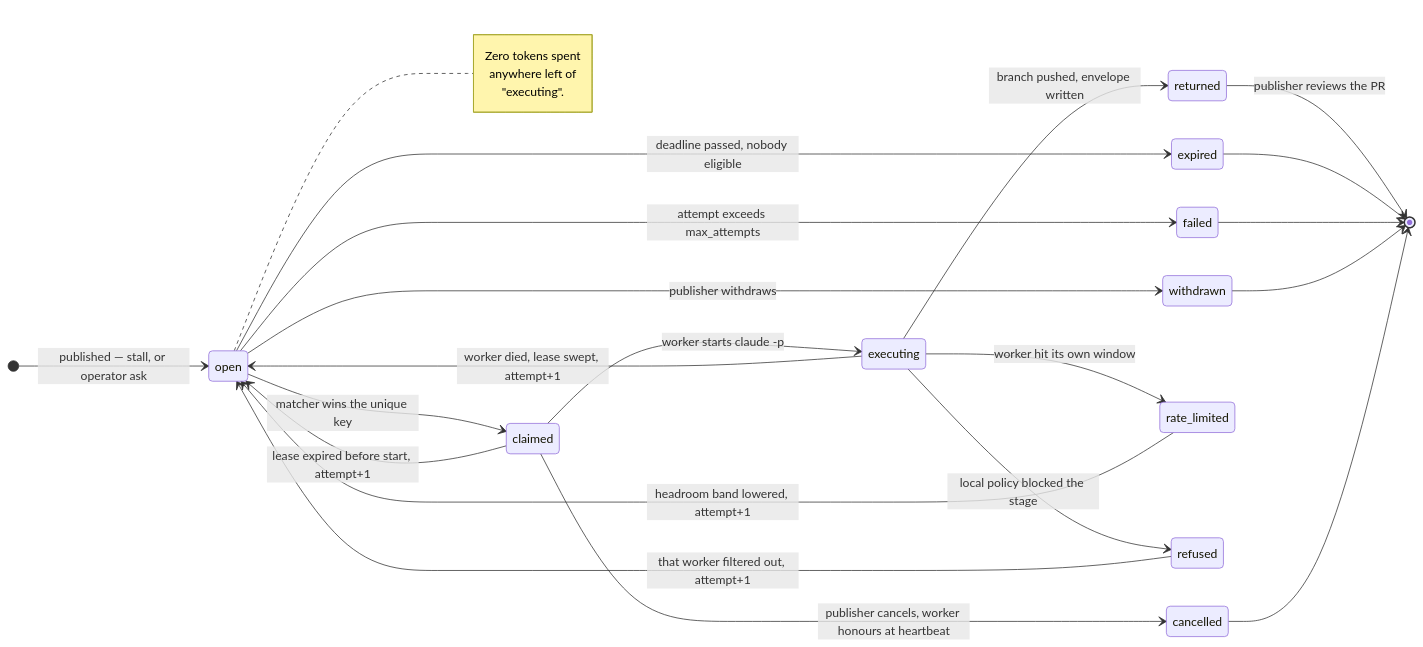
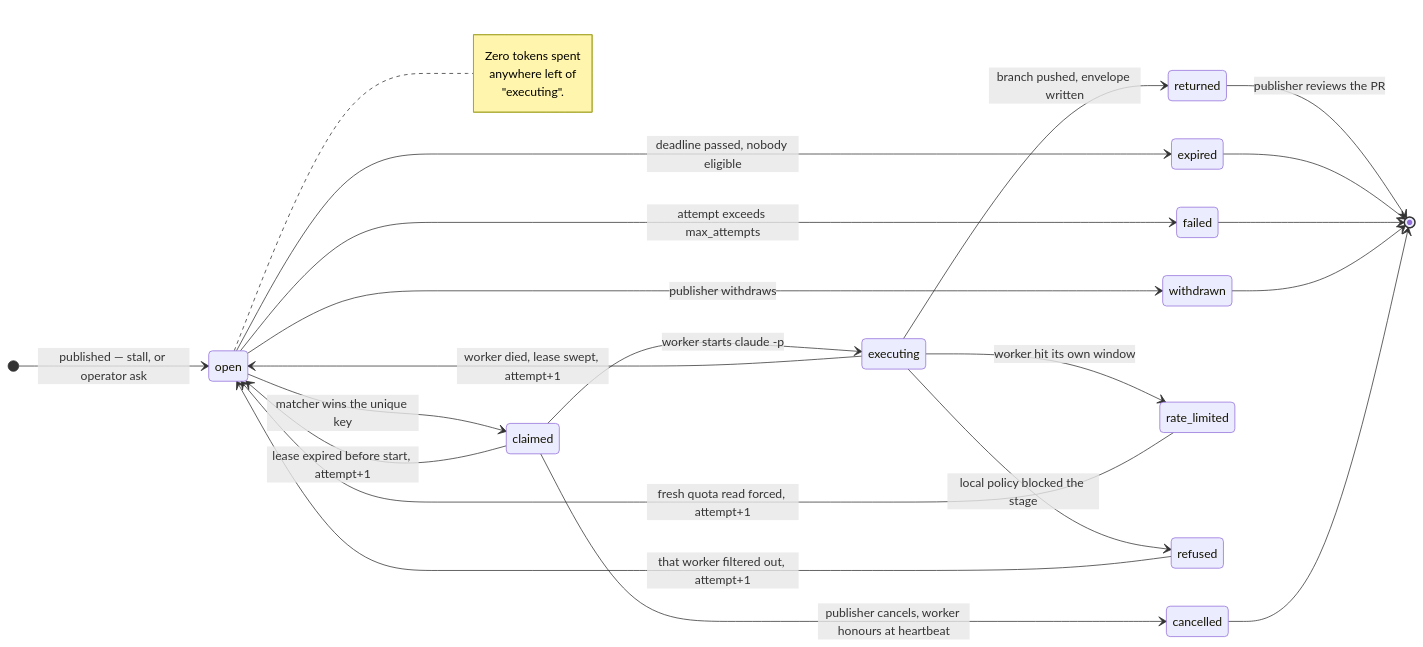
One commit to splockorg/splock changed the third of 7 diagrams in docs/TASK_EXCHANGE_DIAGRAMS.md. Above: the diagram before and after it, drawn with Mermaid. The commit also changed other lines of this file and 1 other file, not shown here.

````diff
--- a/docs/TASK_EXCHANGE_DIAGRAMS.md
+++ b/docs/TASK_EXCHANGE_DIAGRAMS.md
@@ -153,35 +163,35 @@
 ```mermaid
 stateDiagram-v2
     direction LR
     [*] --> open : published — stall, or operator ask
 
     open --> claimed : matcher wins the unique key
     open --> expired : deadline passed, nobody eligible
     open --> withdrawn : publisher withdraws
 
     claimed --> executing : worker starts claude -p
     claimed --> open : lease expired before start, attempt+1
     claimed --> cancelled : publisher cancels, worker honours at heartbeat
 
     executing --> returned : branch pushed, envelope written
     executing --> open : worker died, lease swept, attempt+1
     executing --> rate_limited : worker hit its own window
     executing --> refused : local policy blocked the stage
 
-    rate_limited --> open : headroom band lowered, attempt+1
+    rate_limited --> open : fresh quota read forced, attempt+1
     refused --> open : that worker filtered out, attempt+1
 
     open --> failed : attempt exceeds max_attempts
 
     returned --> [*] : publisher reviews the PR
     expired --> [*]
     failed --> [*]
     withdrawn --> [*]
     cancelled --> [*]
 
     note right of open
         Zero tokens spent
         anywhere left of
         "executing".
     end note
 ```
````
